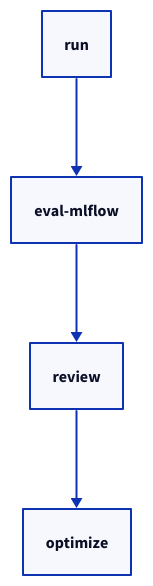
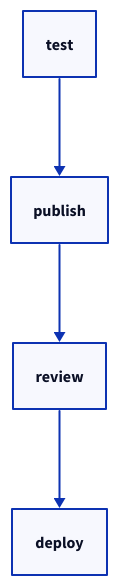
Diagram 18 of 19 in skills/skill-diagram/prompts/d2-conventions.md (astefanutti/diagram-skills), drawn with D2 before and after one commit. The commit also changed other lines of this file and 3 other files, not shown here.

````diff
--- a/skills/skill-diagram/prompts/d2-conventions.md
+++ b/skills/skill-diagram/prompts/d2-conventions.md
@@ -319,4 +319,4 @@
 ```d2
 # Wrong: linear chain misrepresents the topology
-run -> eval-mlflow -> review -> optimize
+test -> publish -> review -> deploy
 ```
````
